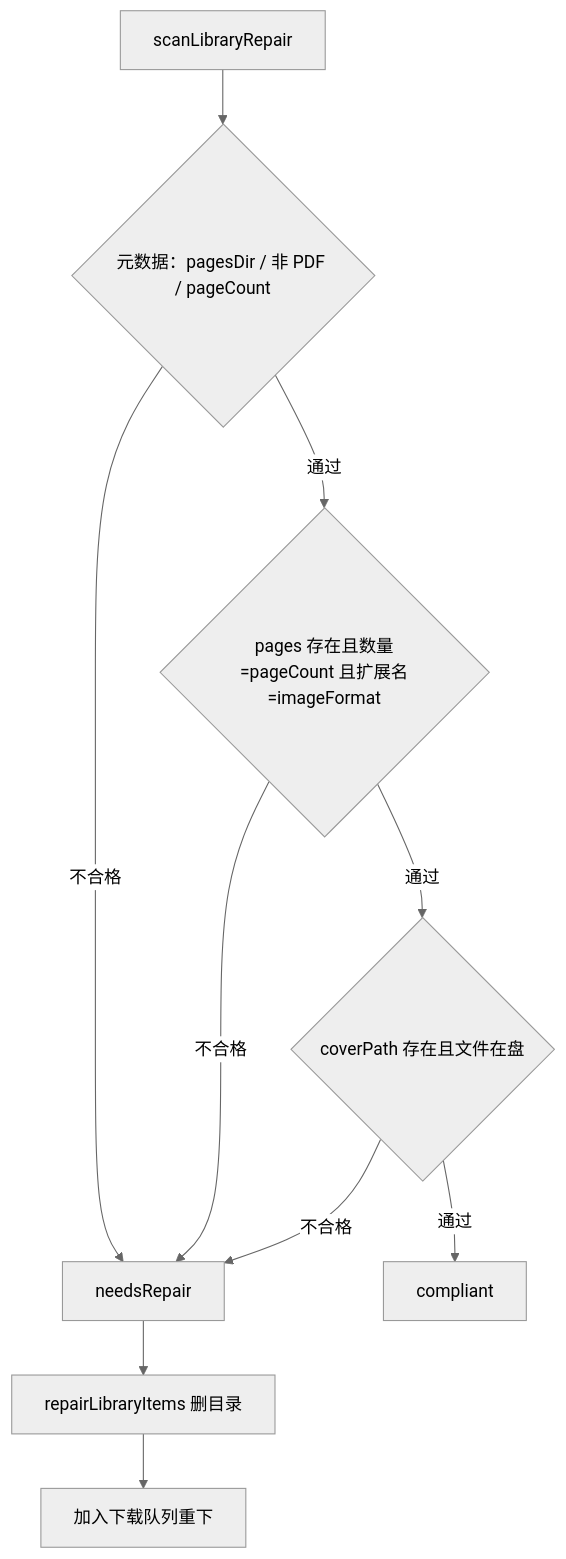
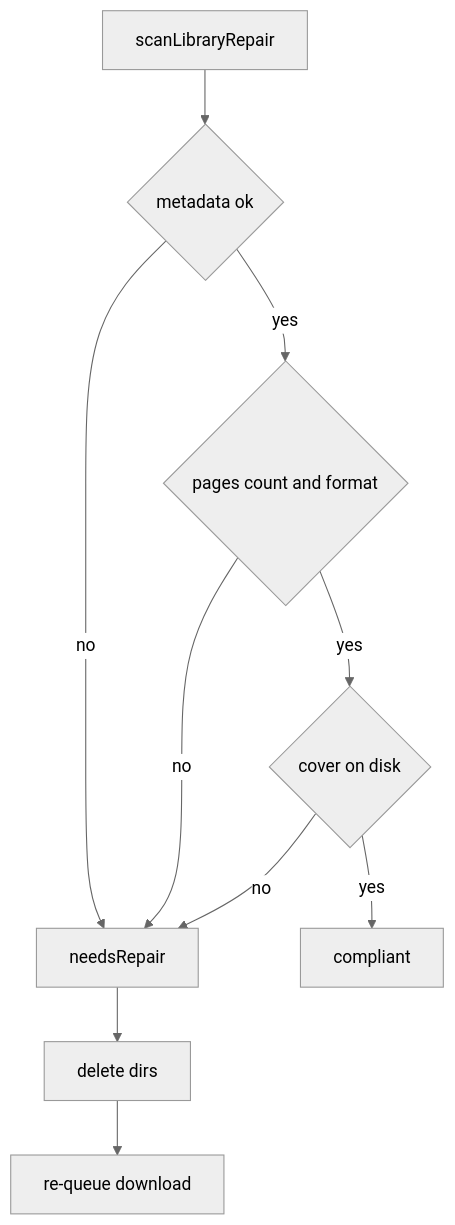
One commit to aDarkMaker/JMFM changed the fourth of 4 diagrams in docs/architecture/ui.md. Above: the diagram before and after it, drawn with Mermaid (neutral theme). The commit also changed other lines of this file and 20 other files, not shown here.

Commit message:
docs: fix mermaid diagrams and tighten wiki copy

````diff
--- a/docs/architecture/ui.md
+++ b/docs/architecture/ui.md
@@ -90,12 +90,12 @@
 ```mermaid
 flowchart TD
-    scan["scanLibraryRepair"] --> c1{"元数据：pagesDir / 非 PDF / pageCount"}
-    c1 -->|不合格| need["needsRepair"]
-    c1 -->|通过| c2{"pages 存在且数量=pageCount 且扩展名=imageFormat"}
-    c2 -->|不合格| need
-    c2 -->|通过| c3{"coverPath 存在且文件在盘"}
-    c3 -->|不合格| need
-    c3 -->|通过| ok["compliant"]
-    need --> del["repairLibraryItems 删目录"]
-    del --> queue["加入下载队列重下"]
+    scan[scanLibraryRepair] --> c1{metadata ok}
+    c1 -->|no| need[needsRepair]
+    c1 -->|yes| c2{pages count and format}
+    c2 -->|no| need
+    c2 -->|yes| c3{cover on disk}
+    c3 -->|no| need
+    c3 -->|yes| ok[compliant]
+    need --> del[delete dirs]
+    del --> queue[re-queue download]
 ```
````
